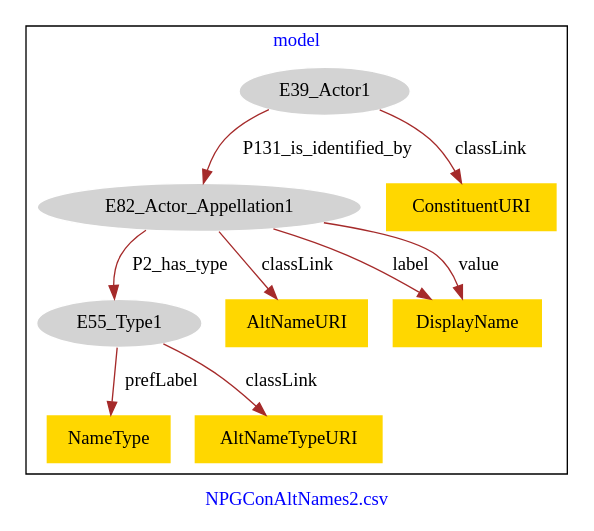
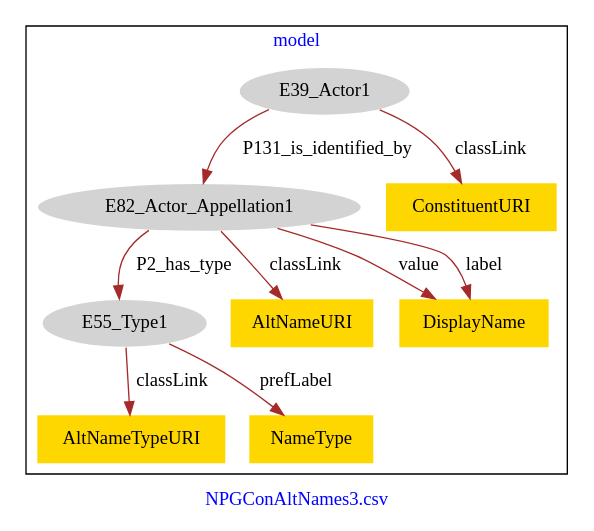
Before and after one commit to american-art/npg: the diagram in NPGConAltNames/NPGConAltNames2-model.dot, drawn with Graphviz.

Commit message:
Update file NPGConAltNames2-model.dot

```diff
--- a/NPGConAltNames/NPGConAltNames2-model.dot
+++ b/NPGConAltNames/NPGConAltNames2-model.dot
@@ -1,24 +1,24 @@
 digraph n0 {
 fontcolor="blue"
 remincross="true"
-label="NPGConAltNames2.csv"
+label="NPGConAltNames3.csv"
 subgraph cluster {
 label="model"
 n2[style="filled",color="white",fillcolor="lightgray",label="E39_Actor1"];
 n3[style="filled",color="white",fillcolor="lightgray",label="E82_Actor_Appellation1"];
 n4[style="filled",color="white",fillcolor="lightgray",label="E55_Type1"];
-n5[shape="plaintext",style="filled",fillcolor="gold",label="AltNameURI"];
-n6[shape="plaintext",style="filled",fillcolor="gold",label="NameType"];
-n7[shape="plaintext",style="filled",fillcolor="gold",label="DisplayName"];
-n8[shape="plaintext",style="filled",fillcolor="gold",label="ConstituentURI"];
-n9[shape="plaintext",style="filled",fillcolor="gold",label="AltNameTypeURI"];
+n5[shape="plaintext",style="filled",fillcolor="gold",label="ConstituentURI"];
+n6[shape="plaintext",style="filled",fillcolor="gold",label="AltNameTypeURI"];
+n7[shape="plaintext",style="filled",fillcolor="gold",label="AltNameURI"];
+n8[shape="plaintext",style="filled",fillcolor="gold",label="NameType"];
+n9[shape="plaintext",style="filled",fillcolor="gold",label="DisplayName"];
 }
 n2 -> n3[color="brown",fontcolor="black",label="P131_is_identified_by"]
 n3 -> n4[color="brown",fontcolor="black",label="P2_has_type"]
-n3 -> n5[color="brown",fontcolor="black",label="classLink"]
-n4 -> n6[color="brown",fontcolor="black",label="prefLabel"]
-n3 -> n7[color="brown",fontcolor="black",label="label"]
-n2 -> n8[color="brown",fontcolor="black",label="classLink"]
-n4 -> n9[color="brown",fontcolor="black",label="classLink"]
-n3 -> n7[color="brown",fontcolor="black",label="value"]
+n2 -> n5[color="brown",fontcolor="black",label="classLink"]
+n4 -> n6[color="brown",fontcolor="black",label="classLink"]
+n3 -> n7[color="brown",fontcolor="black",label="classLink"]
+n4 -> n8[color="brown",fontcolor="black",label="prefLabel"]
+n3 -> n9[color="brown",fontcolor="black",label="value"]
+n3 -> n9[color="brown",fontcolor="black",label="label"]
 }
```
